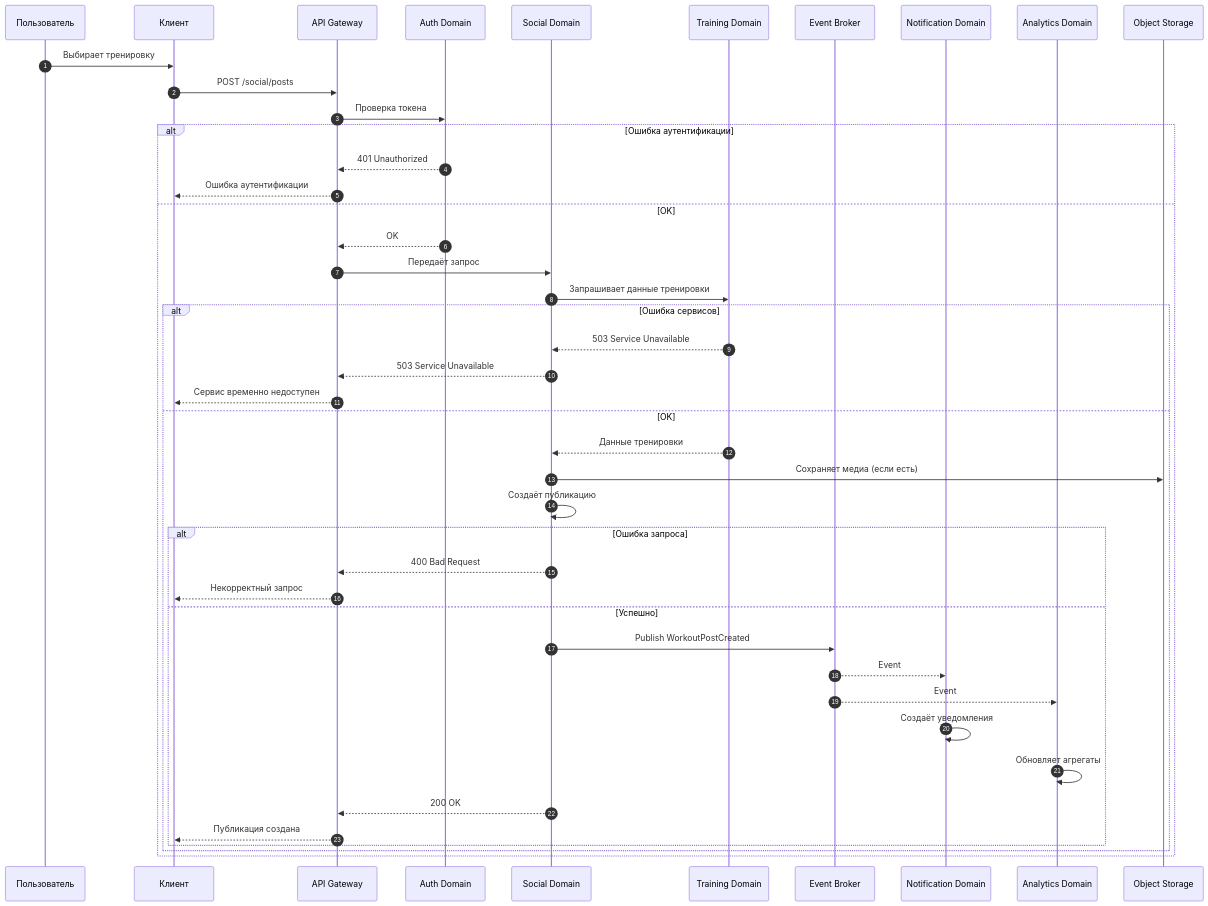
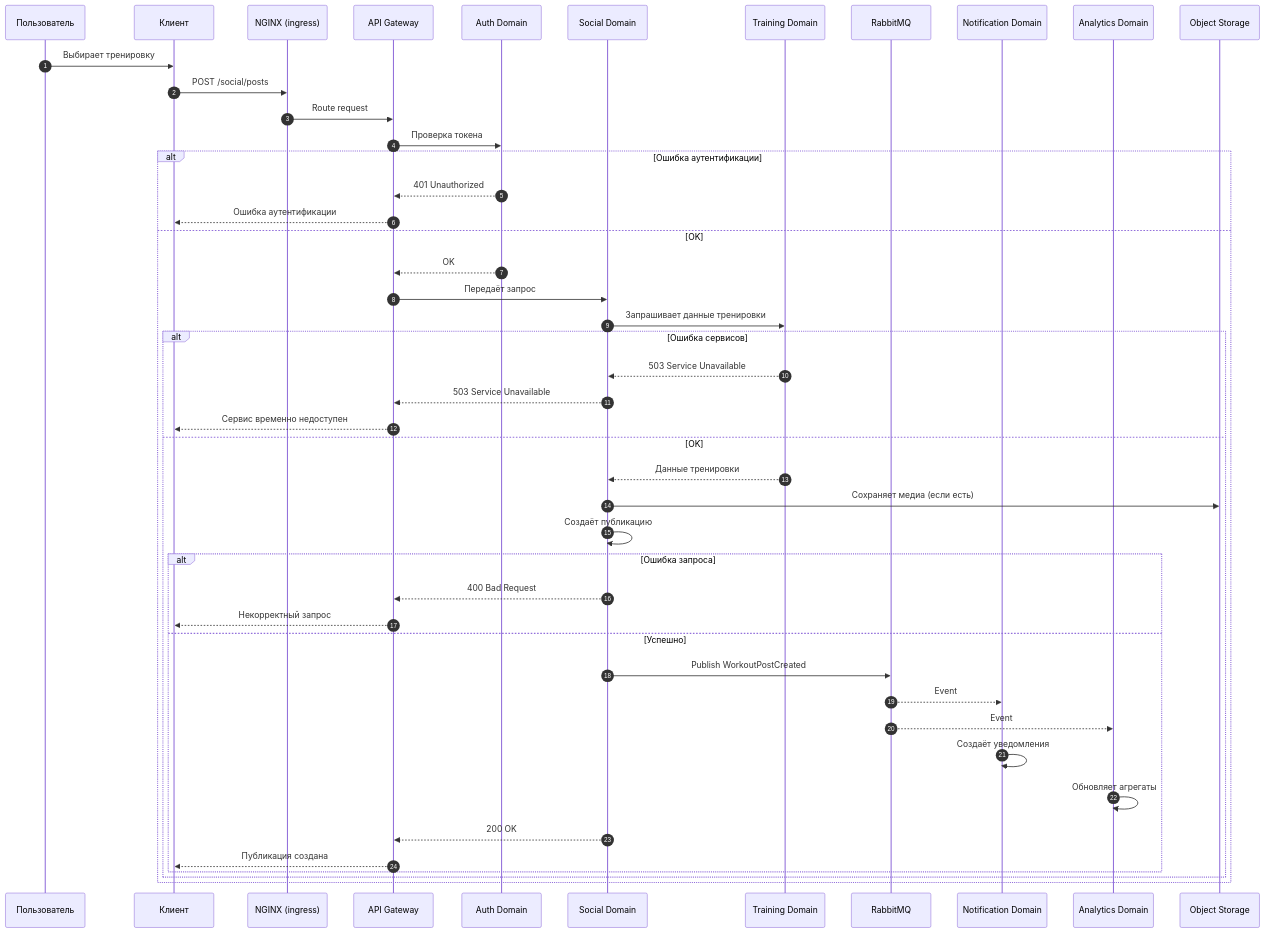
The diagram in 07-use-cases/03-social-post.md (HiddenFox29/Athletica), drawn with Mermaid before and after one commit. The commit also changed other lines of this file and 5 other files, not shown here.

````diff
--- a/07-use-cases/03-social-post.md
+++ b/07-use-cases/03-social-post.md
@@ -158,51 +159,53 @@
 ```mermaid
 sequenceDiagram
     autonumber
     participant User as Пользователь
     participant Client as Клиент
+    participant NGINX as NGINX (ingress)
     participant Gateway as API Gateway
     participant Auth as Auth Domain
     participant Social as Social Domain
     participant Training as Training Domain
-    participant Broker as Event Broker
+    participant Broker as RabbitMQ
     participant Notification as Notification Domain
     participant Analytics as Analytics Domain
     participant S3 as Object Storage
 
     User->>Client: Выбирает тренировку
-    Client->>Gateway: POST /social/posts
+    Client->>NGINX: POST /social/posts
+    NGINX->>Gateway: Route request
 
     Gateway->>Auth: Проверка токена
     alt Ошибка аутентификации
         Auth-->>Gateway: 401 Unauthorized
         Gateway-->>Client: Ошибка аутентификации
     else OK
         Auth-->>Gateway: OK
         Gateway->>Social: Передаёт запрос
 
         Social->>Training: Запрашивает данные тренировки
 
         alt Ошибка сервисов
             Training-->>Social: 503 Service Unavailable
             Social-->>Gateway: 503 Service Unavailable
             Gateway-->>Client: Сервис временно недоступен
         else OK
             Training-->>Social: Данные тренировки
             Social->>S3: Сохраняет медиа (если есть)
             Social->>Social: Создаёт публикацию
 
             alt Ошибка запроса
                 Social-->>Gateway: 400 Bad Request
                 Gateway-->>Client: Некорректный запрос
             else Успешно
                 Social->>Broker: Publish WorkoutPostCreated
                 Broker-->>Notification: Event
                 Broker-->>Analytics: Event
                 Notification->>Notification: Создаёт уведомления
                 Analytics->>Analytics: Обновляет агрегаты
                 Social-->>Gateway: 200 OK
                 Gateway-->>Client: Публикация создана
             end
         end
     end
 ```
````
